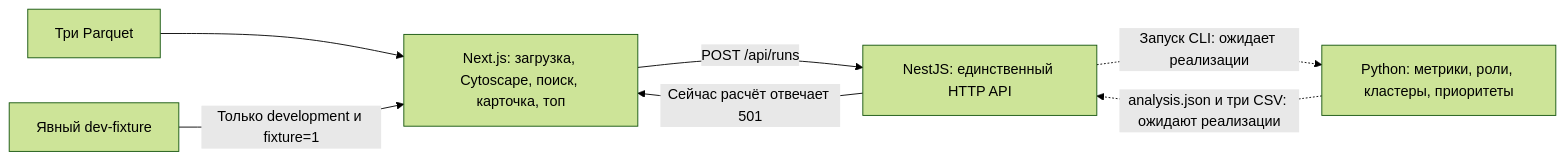
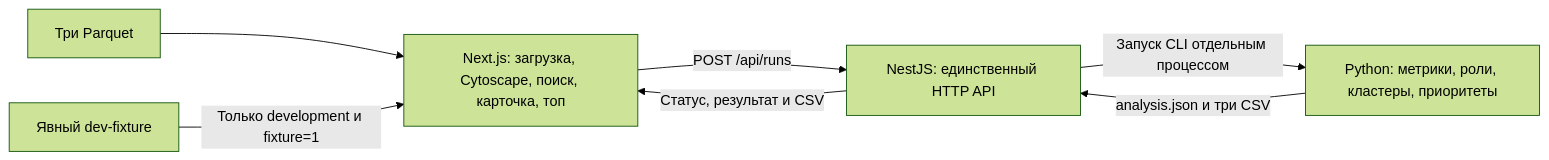
One commit to BAITC-Hacks/hack-18874c1c-xi changed the diagram in apps/web/README.md. Above: the diagram before and after it, drawn with Mermaid (forest theme). The commit also changed other lines of this file and 5 other files, not shown here.

````diff
--- a/apps/web/README.md
+++ b/apps/web/README.md
@@ -5,9 +5,9 @@
 ```mermaid
 flowchart LR
     Files[Три Parquet] --> Web[Next.js: загрузка, Cytoscape, поиск, карточка, топ]
     Web -->|POST /api/runs| API[NestJS: единственный HTTP API]
-    API -->|Сейчас расчёт отвечает 501| Web
-    API -.->|Запуск CLI: ожидает реализации| Python[Python: метрики, роли, кластеры, приоритеты]
-    Python -.->|analysis.json и три CSV: ожидают реализации| API
+    API -->|Статус, результат и CSV| Web
+    API -->|Запуск CLI отдельным процессом| Python[Python: метрики, роли, кластеры, приоритеты]
+    Python -->|analysis.json и три CSV| API
     Fixture[Явный dev-fixture] -->|Только development и fixture=1| Web
 ```
````
